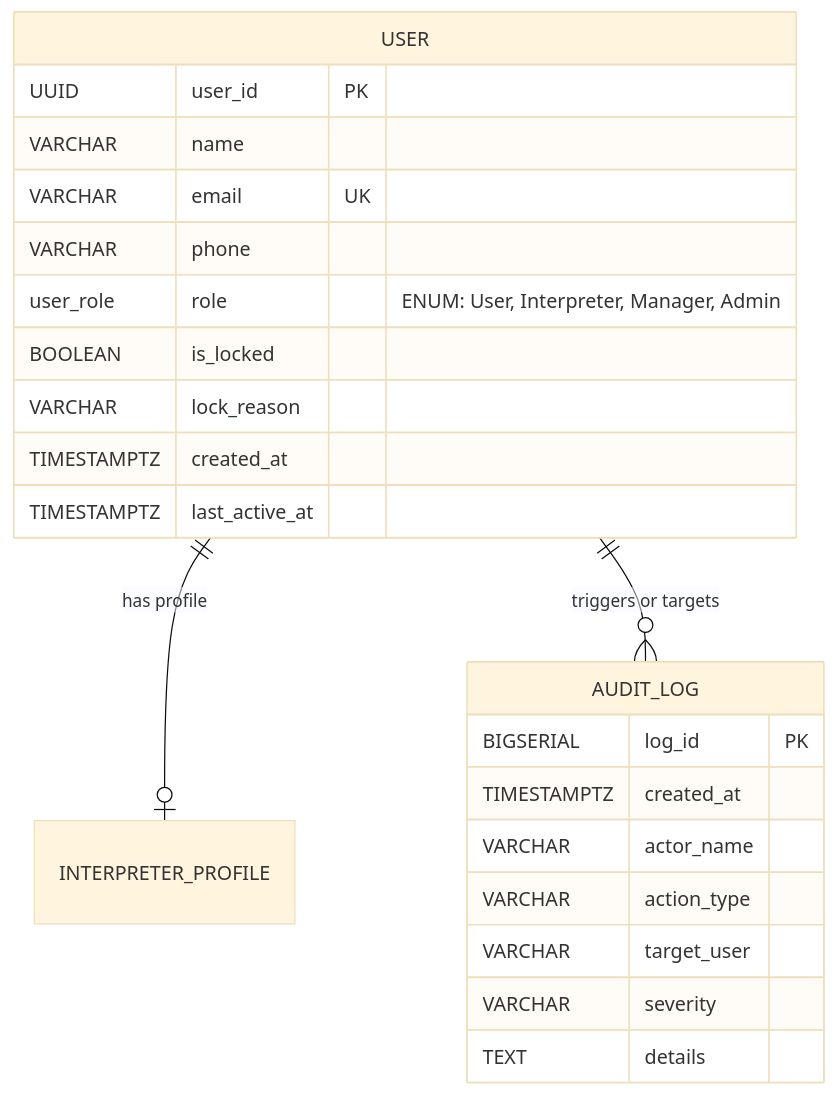
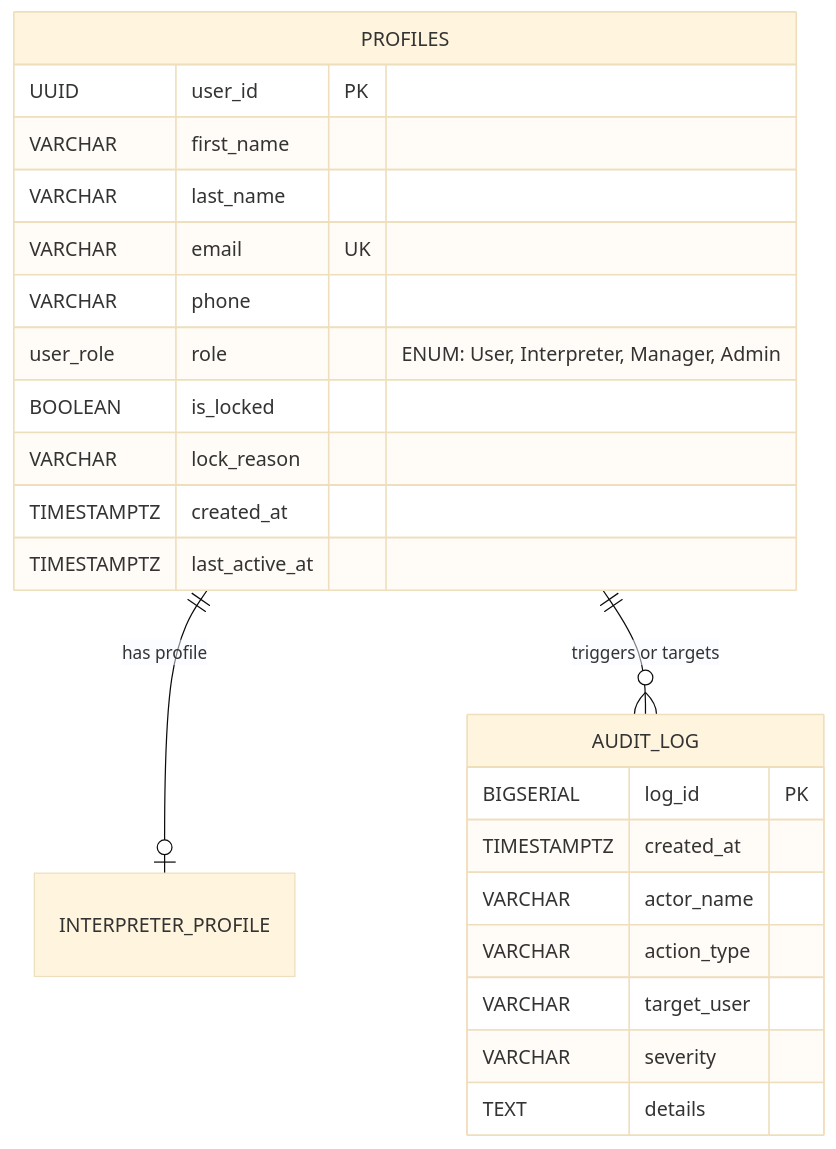
Before and after one commit to OnisawanO/khvi-helper: the diagram in docs/admin-detail.md, drawn with Mermaid (base theme). The commit also changed other lines of this file and 17 other files, not shown here.

````diff
--- a/docs/admin-detail.md
+++ b/docs/admin-detail.md
@@ -95,27 +97,28 @@
 ```mermaid
 erDiagram
-    USER ||--o| INTERPRETER_PROFILE : "has profile"
-    USER ||--o{ AUDIT_LOG : "triggers or targets"
+    PROFILES ||--o| INTERPRETER_PROFILE : "has profile"
+    PROFILES ||--o{ AUDIT_LOG : "triggers or targets"
 
-    USER {
+    PROFILES {
         UUID user_id PK
-        VARCHAR name
+        VARCHAR first_name
+        VARCHAR last_name
         VARCHAR email UK
         VARCHAR phone
         user_role role "ENUM: User, Interpreter, Manager, Admin"
         BOOLEAN is_locked
         VARCHAR lock_reason
         TIMESTAMPTZ created_at
         TIMESTAMPTZ last_active_at
     }
 
     AUDIT_LOG {
         BIGSERIAL log_id PK
         TIMESTAMPTZ created_at
         VARCHAR actor_name
         VARCHAR action_type
         VARCHAR target_user
         VARCHAR severity
         TEXT details
     }
 ```
````
